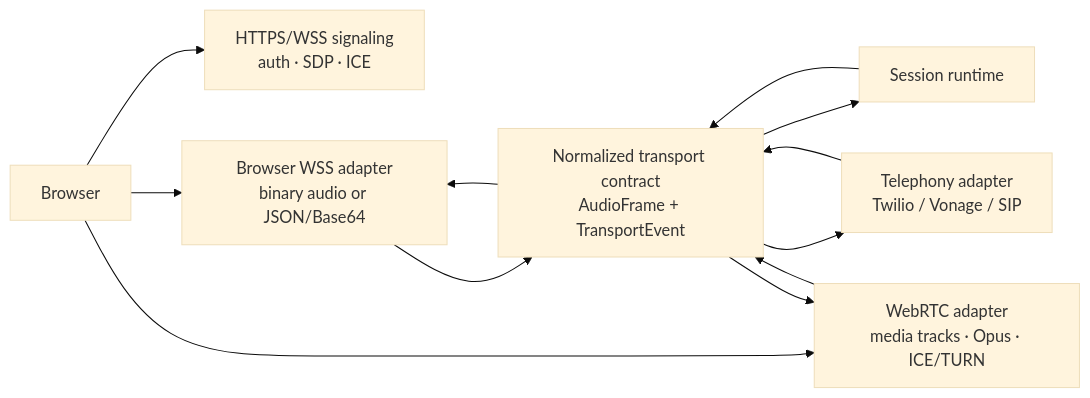
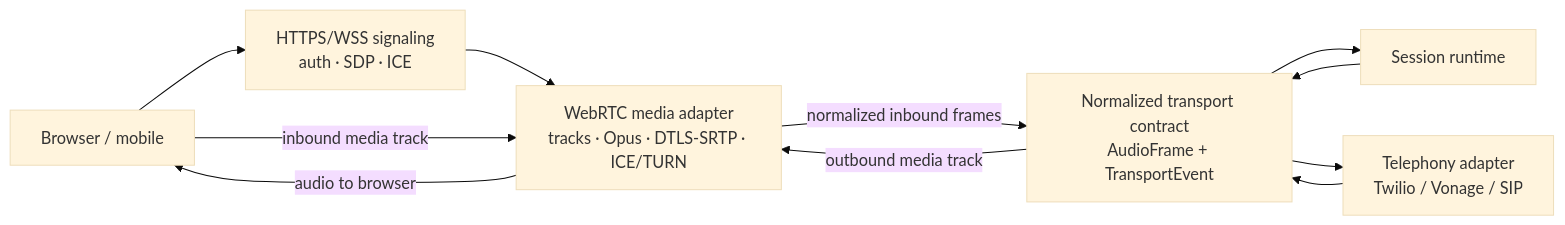
One commit to d-schneid/voice-agents changed the fifth of 10 diagrams in docs/voice-agent-architecture-diagrams.md. Above: the diagram before and after it, drawn with Mermaid (base theme). The commit also changed other lines of this file, not shown here.

Commit message:
Make diagrams WebRTC first

````diff
--- a/docs/voice-agent-architecture-diagrams.md
+++ b/docs/voice-agent-architecture-diagrams.md
@@ -240,22 +257,20 @@
 ```mermaid
 flowchart LR
-    B[Browser]
+    B[Browser / mobile]
     SIG[HTTPS/WSS signaling<br/>auth · SDP · ICE]
-    WSS[Browser WSS adapter<br/>binary audio or JSON/Base64]
-    RTC[WebRTC adapter<br/>media tracks · Opus · ICE/TURN]
+    RTC[WebRTC media adapter<br/>tracks · Opus · DTLS-SRTP · ICE/TURN]
     TEL[Telephony adapter<br/>Twilio / Vonage / SIP]
     N[Normalized transport contract<br/>AudioFrame + TransportEvent]
     R[Session runtime]
 
     B --> SIG
-    B --> WSS
-    B --> RTC
-    WSS --> N
-    RTC --> N
+    SIG --> RTC
+    B -->|inbound media track| RTC
+    RTC -->|normalized inbound frames| N
     TEL --> N
     N --> R
     R --> N
-    N --> WSS
-    N --> RTC
+    N -->|outbound media track| RTC
+    RTC -->|audio to browser| B
     N --> TEL
 ```
````
